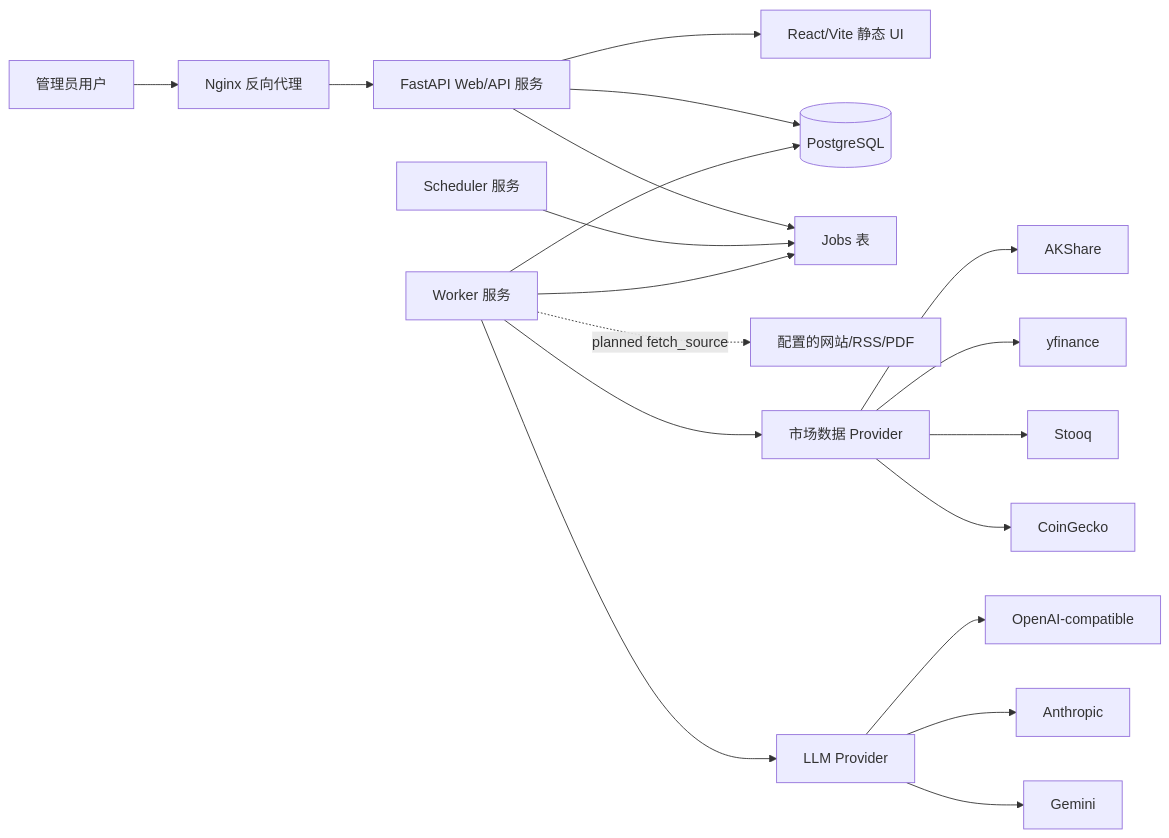
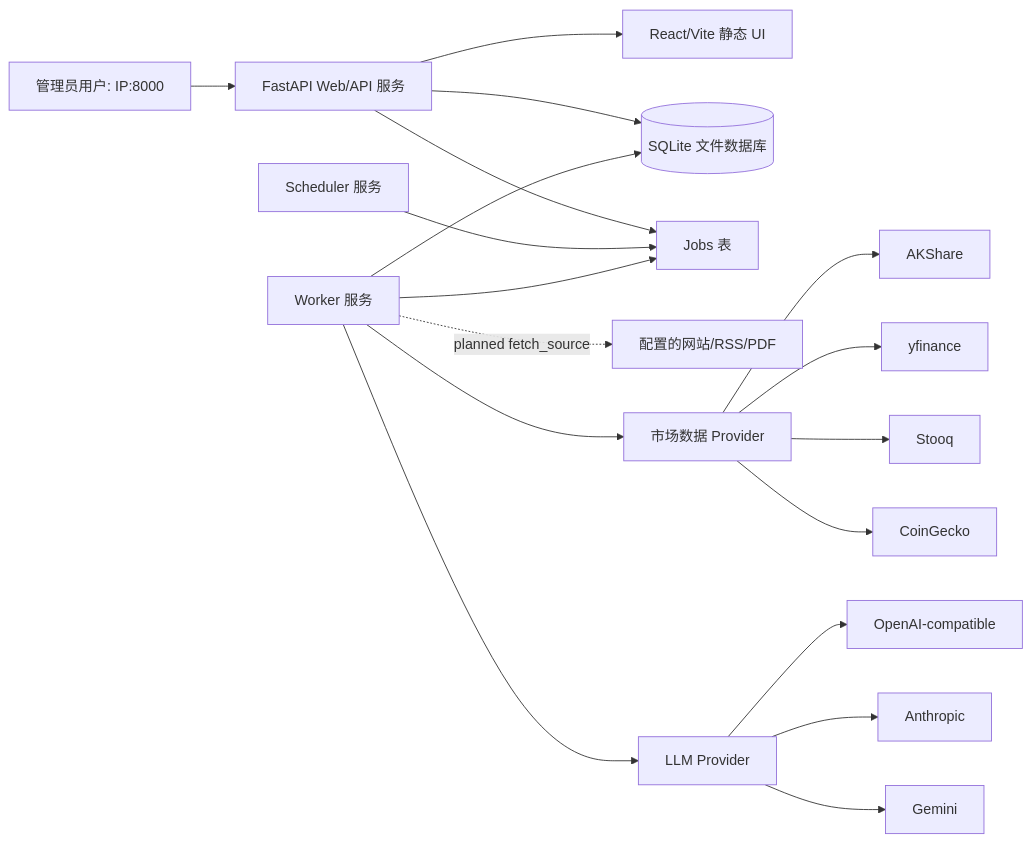
One commit to chachabu/asset-worldline-agent changed the first of 4 diagrams in docs/architecture.md. Above: the diagram before and after it, drawn with Mermaid. The commit also changed other lines of this file and 13 other files, not shown here.

````diff
--- a/docs/architecture.md
+++ b/docs/architecture.md
@@ -28,25 +28,24 @@
 ```mermaid
 flowchart LR
-    User[管理员用户] --> Nginx[Nginx 反向代理]
-    Nginx --> Web[FastAPI Web/API 服务]
+    User[管理员用户: IP:8000] --> Web[FastAPI Web/API 服务]
     Web --> Frontend[React/Vite 静态 UI]
-    Web --> DB[(PostgreSQL)]
+    Web --> DB[(SQLite 文件数据库)]
     Web --> Jobs[Jobs 表]
 
     Scheduler[Scheduler 服务] --> Jobs
     Worker[Worker 服务] --> Jobs
     Worker --> DB
 
     Worker -. planned fetch_source .-> Sources[配置的网站/RSS/PDF]
     Worker --> MarketData[市场数据 Provider]
     Worker --> LLMs[LLM Provider]
 
     MarketData --> AKShare[AKShare]
     MarketData --> YFinance[yfinance]
     MarketData --> Stooq[Stooq]
     MarketData --> CoinGecko[CoinGecko]
 
     LLMs --> OpenAI[OpenAI-compatible]
     LLMs --> Anthropic[Anthropic]
     LLMs --> Gemini[Gemini]
 ```
````
